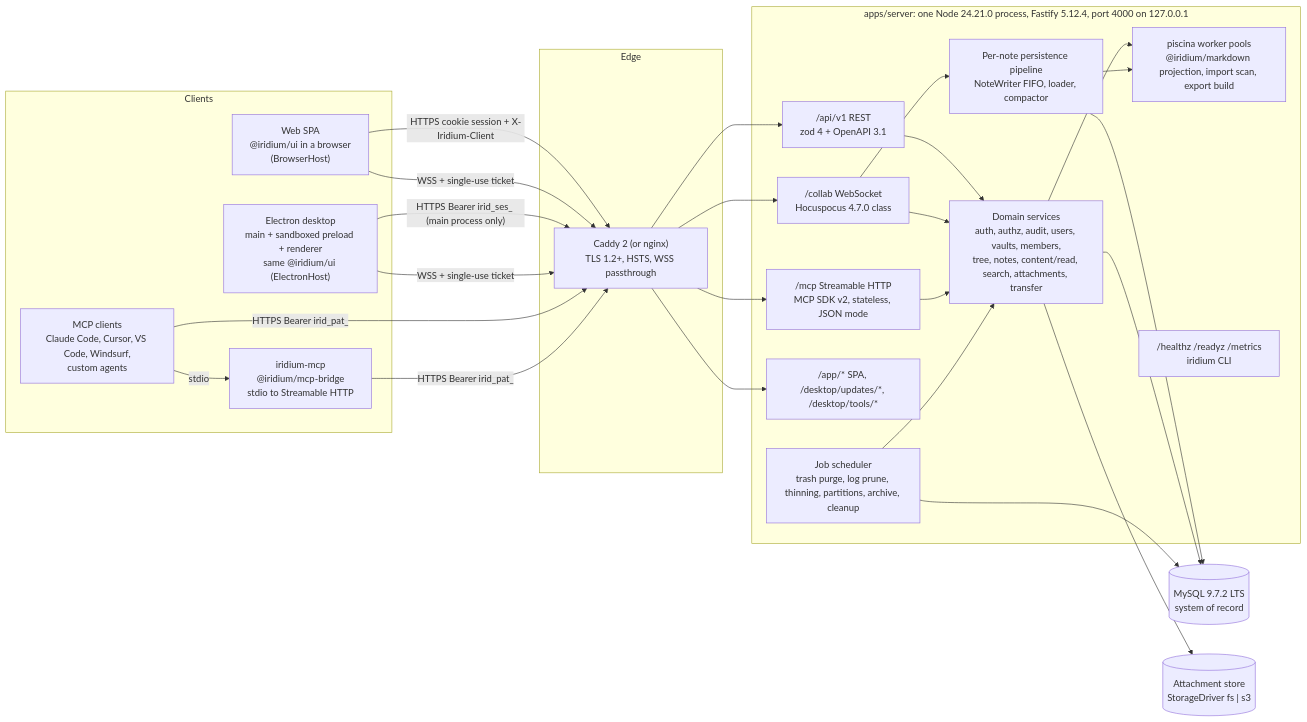
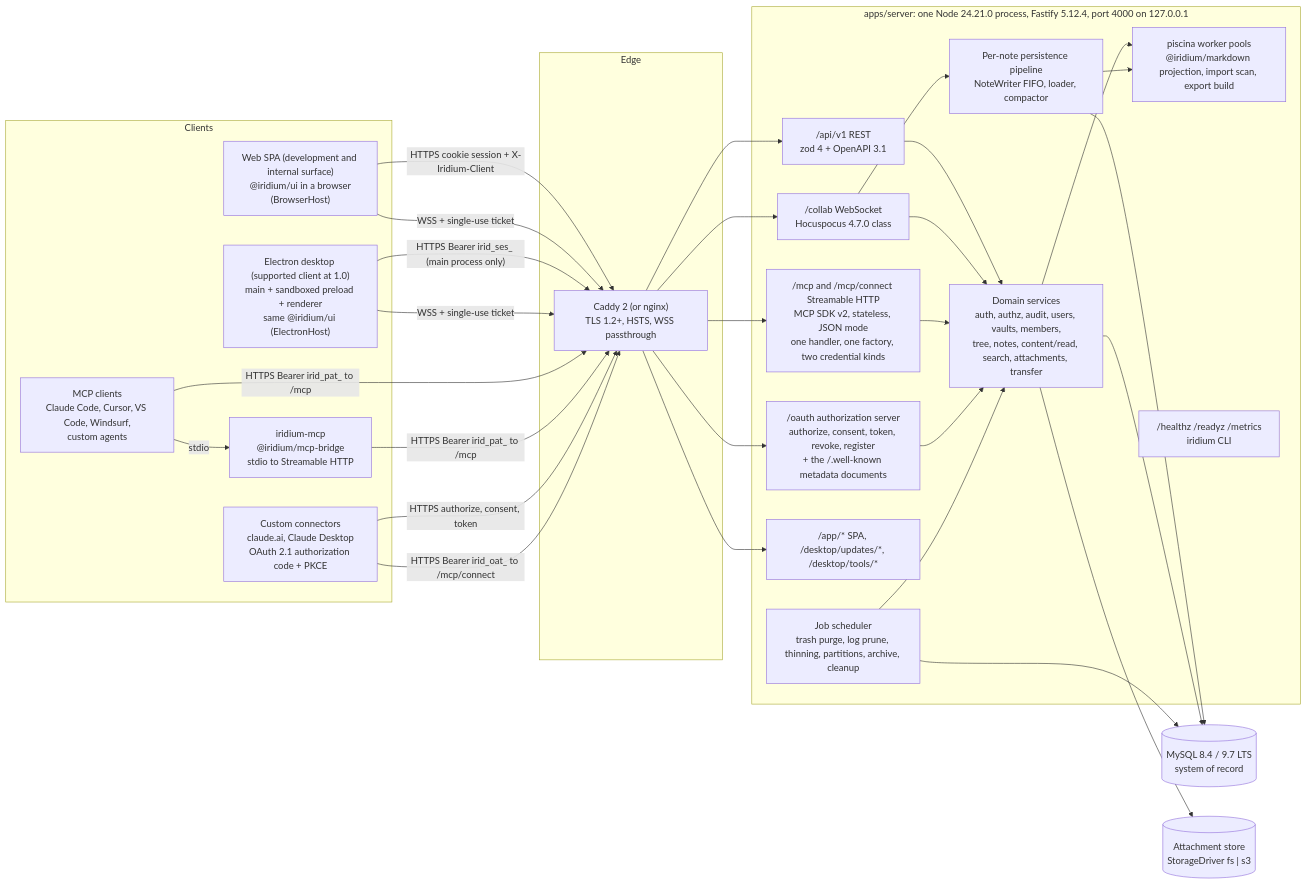
The first of 13 diagrams in docs/plan/02-system-architecture.md (Mythikos/iridium), drawn with Mermaid before and after one commit. The commit also changed other lines of this file and 15 other files, not shown here.

````diff
--- a/docs/plan/02-system-architecture.md
+++ b/docs/plan/02-system-architecture.md
@@ -26,47 +26,53 @@
 ```mermaid
 flowchart LR
   subgraph Clients
-    WEB["Web SPA<br/>@iridium/ui in a browser<br/>(BrowserHost)"]
-    DESK["Electron desktop<br/>main + sandboxed preload + renderer<br/>same @iridium/ui (ElectronHost)"]
+    DESK["Electron desktop (supported client at 1.0)<br/>main + sandboxed preload + renderer<br/>same @iridium/ui (ElectronHost)"]
+    WEB["Web SPA (development and internal surface)<br/>@iridium/ui in a browser<br/>(BrowserHost)"]
     AGENT["MCP clients<br/>Claude Code, Cursor, VS Code, Windsurf,<br/>custom agents"]
     BRIDGE["iridium-mcp<br/>@iridium/mcp-bridge<br/>stdio to Streamable HTTP"]
+    CONNECT["Custom connectors<br/>claude.ai, Claude Desktop<br/>OAuth 2.1 authorization code + PKCE"]
   end
   subgraph Edge
     PROXY["Caddy 2 (or nginx)<br/>TLS 1.2+, HSTS, WSS passthrough"]
   end
   subgraph Server["apps/server: one Node 24.21.0 process, Fastify 5.12.4, port 4000 on 127.0.0.1"]
     REST["/api/v1 REST<br/>zod 4 + OpenAPI 3.1"]
     WS["/collab WebSocket<br/>Hocuspocus 4.7.0 class"]
-    MCP["/mcp Streamable HTTP<br/>MCP SDK v2, stateless, JSON mode"]
+    MCP["/mcp and /mcp/connect Streamable HTTP<br/>MCP SDK v2, stateless, JSON mode<br/>one handler, one factory, two credential kinds"]
+    OAUTH["/oauth authorization server<br/>authorize, consent, token, revoke, register<br/>+ the /.well-known metadata documents"]
     STATIC["/app/* SPA, /desktop/updates/*, /desktop/tools/*"]
     CORE["Domain services<br/>auth, authz, audit, users, vaults, members,<br/>tree, notes, content/read, search, attachments, transfer"]
     PIPE["Per-note persistence pipeline<br/>NoteWriter FIFO, loader, compactor"]
     POOL["piscina worker pools<br/>@iridium/markdown projection, import scan, export build"]
     JOBS["Job scheduler<br/>trash purge, log prune, thinning, partitions, archive, cleanup"]
     OPS["/healthz /readyz /metrics<br/>iridium CLI"]
   end
-  DB[("MySQL 9.7.2 LTS<br/>system of record")]
+  DB[("MySQL 8.4 / 9.7 LTS<br/>system of record")]
   FS[("Attachment store<br/>StorageDriver fs | s3")]
   WEB -- "HTTPS cookie session + X-Iridium-Client" --> PROXY
   WEB -- "WSS + single-use ticket" --> PROXY
   DESK -- "HTTPS Bearer irid_ses_ (main process only)" --> PROXY
   DESK -- "WSS + single-use ticket" --> PROXY
-  AGENT -- "HTTPS Bearer irid_pat_" --> PROXY
+  AGENT -- "HTTPS Bearer irid_pat_ to /mcp" --> PROXY
   AGENT -- "stdio" --> BRIDGE
-  BRIDGE -- "HTTPS Bearer irid_pat_" --> PROXY
+  BRIDGE -- "HTTPS Bearer irid_pat_ to /mcp" --> PROXY
+  CONNECT -- "HTTPS authorize, consent, token" --> PROXY
+  CONNECT -- "HTTPS Bearer irid_oat_ to /mcp/connect" --> PROXY
   PROXY --> REST
   PROXY --> WS
   PROXY --> MCP
+  PROXY --> OAUTH
   PROXY --> STATIC
   REST --> CORE
   WS --> CORE
   MCP --> CORE
+  OAUTH --> CORE
   WS --> PIPE
   CORE --> POOL
   PIPE --> POOL
   JOBS --> CORE
   PIPE --> DB
   CORE --> DB
   JOBS --> DB
   CORE --> FS
 ```
````
